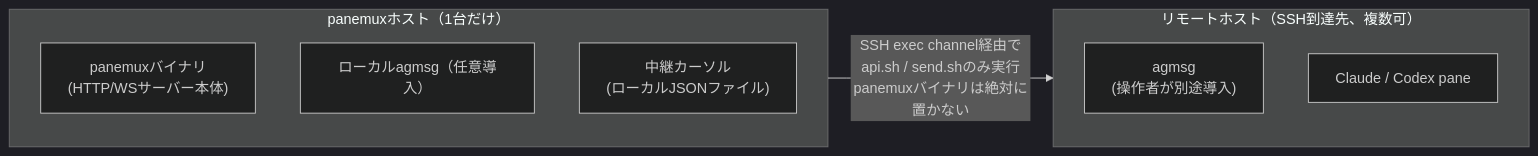
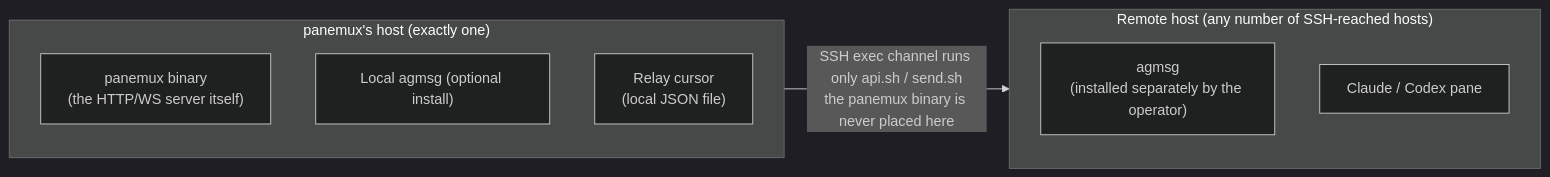
The fourth of 4 diagrams in docs/agent-board.md (tomo-chan/panemux), drawn with Mermaid (dark theme) before and after one commit. The commit also changed other lines of this file, not shown here.

First line of the commit message:
docs: translate diagram labels to English, add system overview diagram

````diff
--- a/docs/agent-board.md
+++ b/docs/agent-board.md
@@ -375,17 +418,17 @@
 ```mermaid
 flowchart LR
-    subgraph PanemuxHost["panemuxホスト（1台だけ）"]
+    subgraph PanemuxHost["panemux's host (exactly one)"]
         direction TB
-        P1["panemuxバイナリ<br/>(HTTP/WSサーバー本体)"]
-        P2["ローカルagmsg（任意導入）"]
-        P3["中継カーソル<br/>(ローカルJSONファイル)"]
+        P1["panemux binary<br/>(the HTTP/WS server itself)"]
+        P2["Local agmsg (optional install)"]
+        P3["Relay cursor<br/>(local JSON file)"]
     end
 
-    subgraph RemoteHost["リモートホスト（SSH到達先、複数可）"]
+    subgraph RemoteHost["Remote host (any number of SSH-reached hosts)"]
         direction TB
-        R1["agmsg<br/>(操作者が別途導入)"]
+        R1["agmsg<br/>(installed separately by the operator)"]
         R2["Claude / Codex pane"]
     end
 
-    PanemuxHost -->|"SSH exec channel経由でapi.sh / send.shのみ実行<br/>panemuxバイナリは絶対に置かない"| RemoteHost
+    PanemuxHost -->|"SSH exec channel runs only api.sh / send.sh<br/>the panemux binary is never placed here"| RemoteHost
 ```
````
